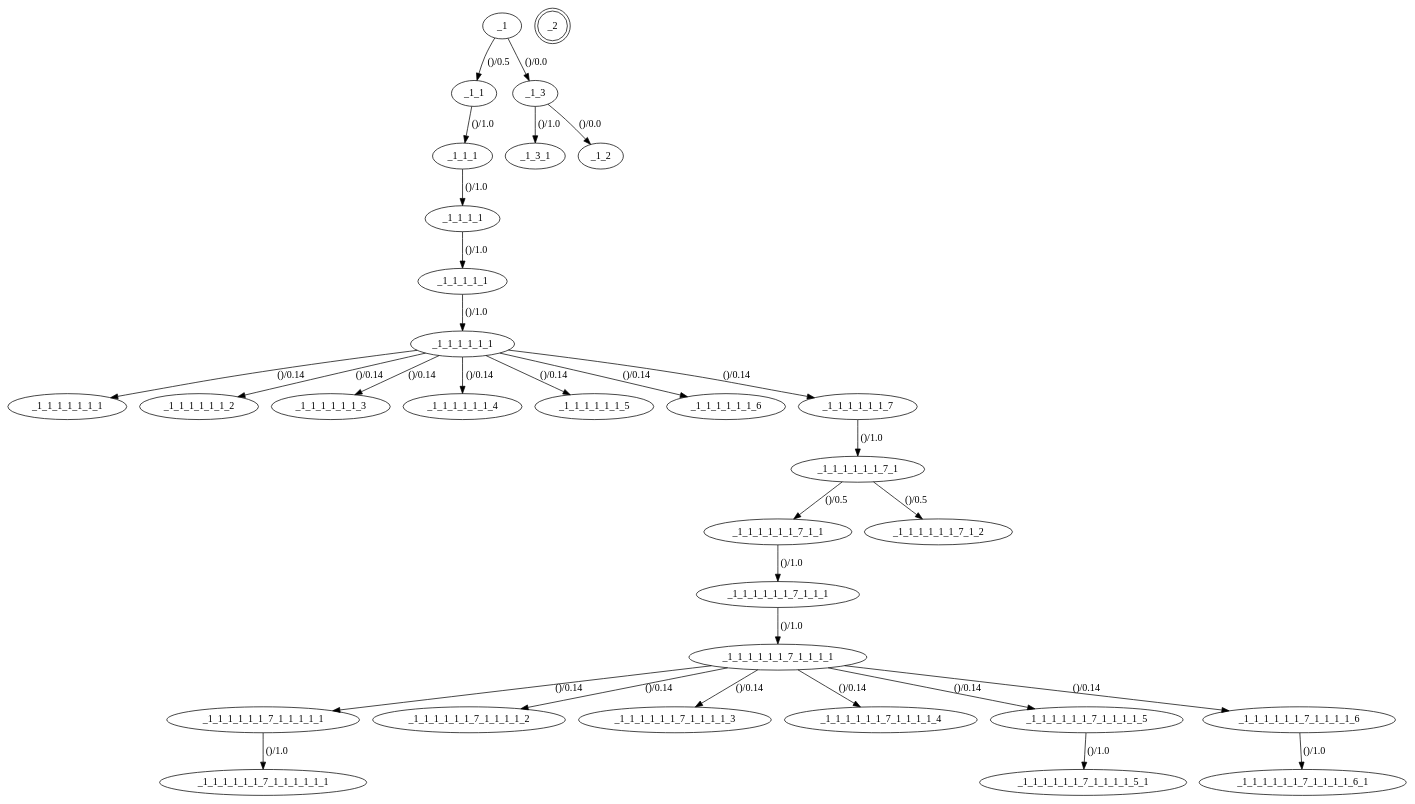
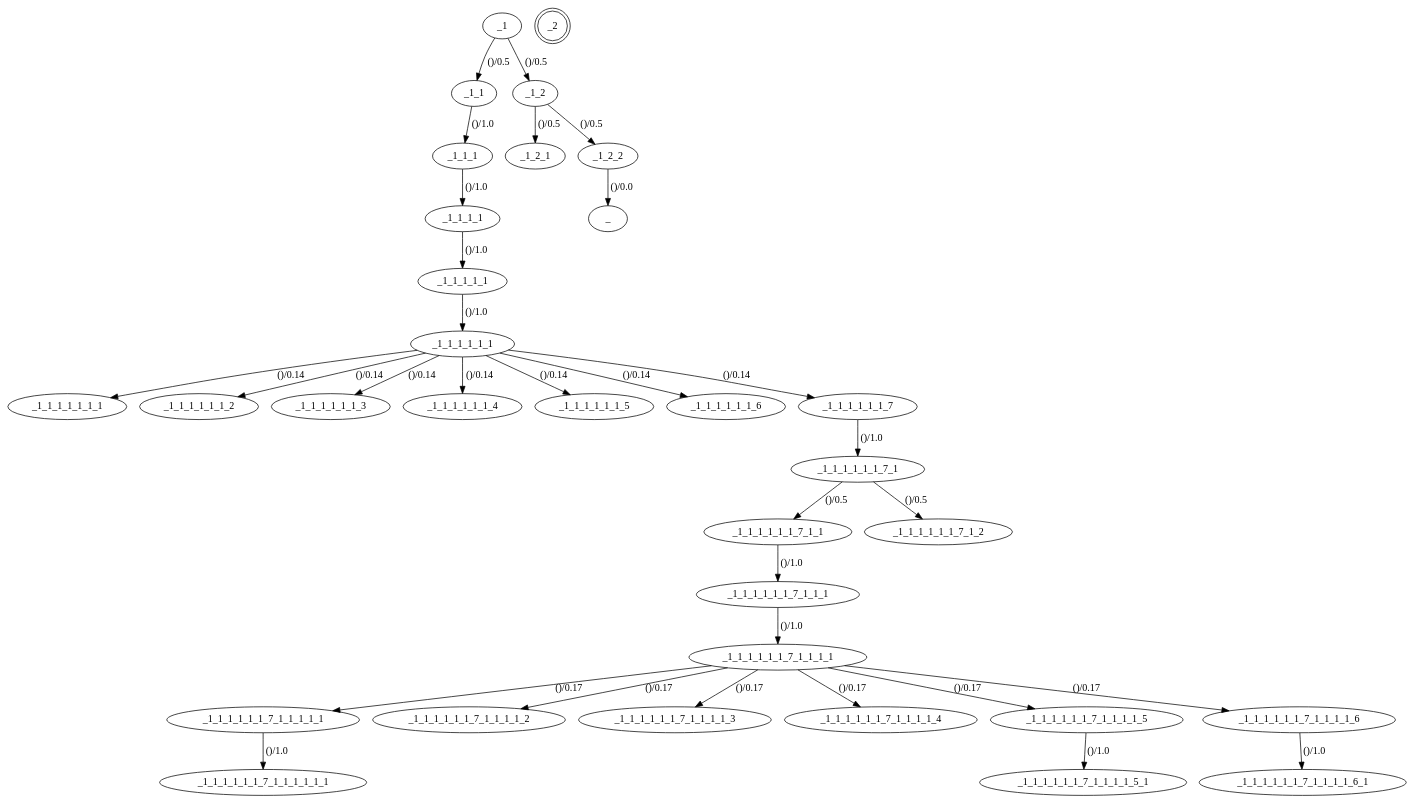
Before and after one commit to helttu/slideco-tests: the diagram in qauto_deco/pagemodel/structure.gv, drawn with Graphviz. The commit also changed 5 other files, not shown here.

```diff
--- a/qauto_deco/pagemodel/structure.gv
+++ b/qauto_deco/pagemodel/structure.gv
@@ -1,64 +1,65 @@
 digraph default_model {
 //States
 _1
 _1_1_1
 _1_1
 _1_1_1_1
 _1_1_1_1_1
 _1_1_1_1_1_1
 _1_1_1_1_1_1_1
 _1_1_1_1_1_1_2
 _1_1_1_1_1_1_3
 _1_1_1_1_1_1_4
 _1_1_1_1_1_1_5
 _1_1_1_1_1_1_6
 _1_1_1_1_1_1_7
 _1_1_1_1_1_1_7_1
 _1_1_1_1_1_1_7_1_1
 _1_1_1_1_1_1_7_1_1_1
 _1_1_1_1_1_1_7_1_1_1_1
 _1_1_1_1_1_1_7_1_1_1_1_1
 _1_1_1_1_1_1_7_1_1_1_1_2
 _1_1_1_1_1_1_7_1_1_1_1_3
 _1_1_1_1_1_1_7_1_1_1_1_4
 _1_1_1_1_1_1_7_1_1_1_1_5
 _1_1_1_1_1_1_7_1_1_1_1_5_1
 _1_1_1_1_1_1_7_1_2
-_1_3
-_1_3_1
 _1_2
+_1_2_1
+_1_2_2
 _1_1_1_1_1_1_7_1_1_1_1_1_1
 _1_1_1_1_1_1_7_1_1_1_1_6
 _1_1_1_1_1_1_7_1_1_1_1_6_1
 _2[shape = "doublecircle"]
 //Transitions
 _1 -> _1_1[ label = "()/0.5", probability = "0.5", set_guard = "(u'', u'')", check_guard = "(u'', u'')", edge_id = "fc549930-c01f-11e5-bdbc-a94980e8de8d"]
 _1_1 -> _1_1_1[ label = "()/1.0", probability = "1.0", set_guard = "(u'', u'')", check_guard = "(u'', u'')", edge_id = "fe4879ee-c01f-11e5-8b18-a94980e8de8d"]
 _1_1_1 -> _1_1_1_1[ label = "()/1.0", probability = "1.0", set_guard = "(u'', u'')", check_guard = "(u'', u'')", edge_id = "ac323121-c02d-11e5-8503-a94980e8de8d"]
 _1_1_1_1 -> _1_1_1_1_1[ label = "()/1.0", probability = "1.0", set_guard = "(u'', u'')", check_guard = "(u'', u'')", edge_id = "2e873671-c02e-11e5-a260-a94980e8de8d"]
 _1_1_1_1_1 -> _1_1_1_1_1_1[ label = "()/1.0", probability = "1.0", set_guard = "(u'', u'')", check_guard = "(u'', u'')", edge_id = "fa83d631-c032-11e5-aabc-a94980e8de8d"]
 _1_1_1_1_1_1 -> _1_1_1_1_1_1_1[ label = "()/0.14", probability = "0.142857142857", set_guard = "(u'', u'')", check_guard = "(u'', u'')", edge_id = "8bbcdc9f-c038-11e5-88a6-a94980e8de8d"]
 _1_1_1_1_1_1 -> _1_1_1_1_1_1_2[ label = "()/0.14", probability = "0.142857142857", set_guard = "(u'', u'')", check_guard = "(u'', u'')", edge_id = "e2cac7ef-c038-11e5-b7d3-a94980e8de8d"]
 _1_1_1_1_1_1 -> _1_1_1_1_1_1_3[ label = "()/0.14", probability = "0.142857142857", set_guard = "(u'', u'')", check_guard = "(u'', u'')", edge_id = "0b82f9ae-c039-11e5-b3ff-a94980e8de8d"]
 _1_1_1_1_1_1 -> _1_1_1_1_1_1_4[ label = "()/0.14", probability = "0.142857142857", set_guard = "(u'', u'')", check_guard = "(u'', u'')", edge_id = "3bceb6e2-c039-11e5-9122-a94980e8de8d"]
 _1_1_1_1_1_1 -> _1_1_1_1_1_1_5[ label = "()/0.14", probability = "0.142857142857", set_guard = "(u'', u'')", check_guard = "(u'', u'')", edge_id = "fdcfa1a1-c039-11e5-8b14-a94980e8de8d"]
 _1_1_1_1_1_1 -> _1_1_1_1_1_1_6[ label = "()/0.14", probability = "0.142857142857", set_guard = "(u'', u'')", check_guard = "(u'', u'')", edge_id = "ff775e30-c039-11e5-93ba-a94980e8de8d"]
 _1_1_1_1_1_1 -> _1_1_1_1_1_1_7[ label = "()/0.14", probability = "0.142857142857", set_guard = "(u'', u'')", check_guard = "(u'', u'')", edge_id = "01636f5f-c03d-11e5-94c1-a94980e8de8d"]
 _1_1_1_1_1_1_7 -> _1_1_1_1_1_1_7_1[ label = "()/1.0", probability = "1.0", set_guard = "(u'', u'')", check_guard = "(u'', u'')", edge_id = "63c5beb1-c03d-11e5-986f-a94980e8de8d"]
 _1_1_1_1_1_1_7_1 -> _1_1_1_1_1_1_7_1_1[ label = "()/0.5", probability = "0.5", set_guard = "(u'', u'')", check_guard = "(u'', u'')", edge_id = "81ed66c1-c03f-11e5-b923-a94980e8de8d"]
 _1_1_1_1_1_1_7_1_1 -> _1_1_1_1_1_1_7_1_1_1[ label = "()/1.0", probability = "1.0", set_guard = "(u'', u'')", check_guard = "(u'', u'')", edge_id = "80083690-c040-11e5-a873-a94980e8de8d"]
 _1_1_1_1_1_1_7_1_1_1 -> _1_1_1_1_1_1_7_1_1_1_1[ label = "()/1.0", probability = "1.0", set_guard = "(u'', u'')", check_guard = "(u'', u'')", edge_id = "110f70e2-c041-11e5-8143-a94980e8de8d"]
-_1_1_1_1_1_1_7_1_1_1_1 -> _1_1_1_1_1_1_7_1_1_1_1_1[ label = "()/0.14", probability = "0.142857142857", set_guard = "(u'', u'')", check_guard = "(u'', u'')", edge_id = "cb99f522-c041-11e5-8451-a94980e8de8d"]
-_1_1_1_1_1_1_7_1_1_1_1 -> _1_1_1_1_1_1_7_1_1_1_1_2[ label = "()/0.14", probability = "0.142857142857", set_guard = "(u'', u'')", check_guard = "(u'', u'')", edge_id = "018954a1-c042-11e5-88d0-a94980e8de8d"]
-_1_1_1_1_1_1_7_1_1_1_1 -> _1_1_1_1_1_1_7_1_1_1_1_3[ label = "()/0.14", probability = "0.142857142857", set_guard = "(u'', u'')", check_guard = "(u'', u'')", edge_id = "2f99eede-c042-11e5-a975-a94980e8de8d"]
-_1_1_1_1_1_1_7_1_1_1_1 -> _1_1_1_1_1_1_7_1_1_1_1_4[ label = "()/0.14", probability = "0.142857142857", set_guard = "(u'', u'')", check_guard = "(u'', u'')", edge_id = "59dcb841-c042-11e5-a3d8-a94980e8de8d"]
-_1_1_1_1_1_1_7_1_1_1_1 -> _1_1_1_1_1_1_7_1_1_1_1_5[ label = "()/0.14", probability = "0.142857142857", set_guard = "(u'', u'')", check_guard = "(u'', u'')", edge_id = "9ddb07e2-c042-11e5-a824-a94980e8de8d"]
+_1_1_1_1_1_1_7_1_1_1_1 -> _1_1_1_1_1_1_7_1_1_1_1_1[ label = "()/0.17", probability = "0.166666666667", set_guard = "(u'', u'')", check_guard = "(u'', u'')", edge_id = "cb99f522-c041-11e5-8451-a94980e8de8d"]
+_1_1_1_1_1_1_7_1_1_1_1 -> _1_1_1_1_1_1_7_1_1_1_1_2[ label = "()/0.17", probability = "0.166666666667", set_guard = "(u'', u'')", check_guard = "(u'', u'')", edge_id = "018954a1-c042-11e5-88d0-a94980e8de8d"]
+_1_1_1_1_1_1_7_1_1_1_1 -> _1_1_1_1_1_1_7_1_1_1_1_3[ label = "()/0.17", probability = "0.166666666667", set_guard = "(u'', u'')", check_guard = "(u'', u'')", edge_id = "2f99eede-c042-11e5-a975-a94980e8de8d"]
+_1_1_1_1_1_1_7_1_1_1_1 -> _1_1_1_1_1_1_7_1_1_1_1_4[ label = "()/0.17", probability = "0.166666666667", set_guard = "(u'', u'')", check_guard = "(u'', u'')", edge_id = "59dcb841-c042-11e5-a3d8-a94980e8de8d"]
+_1_1_1_1_1_1_7_1_1_1_1 -> _1_1_1_1_1_1_7_1_1_1_1_5[ label = "()/0.17", probability = "0.166666666667", set_guard = "(u'', u'')", check_guard = "(u'', u'')", edge_id = "9ddb07e2-c042-11e5-a824-a94980e8de8d"]
 _1_1_1_1_1_1_7_1_1_1_1_5 -> _1_1_1_1_1_1_7_1_1_1_1_5_1[ label = "()/1.0", probability = "1.0", set_guard = "(u'', u'')", check_guard = "(u'', u'')", edge_id = "a6ca075e-c0c0-11e5-bbbb-a94980e8de8d"]
 _1_1_1_1_1_1_7_1 -> _1_1_1_1_1_1_7_1_2[ label = "()/0.5", probability = "0.5", set_guard = "(u'', u'')", check_guard = "(u'', u'')", edge_id = "90f4aa10-c0c2-11e5-9162-a94980e8de8d"]
-_1_3 -> _1_3_1[ label = "()/1.0", probability = "1.0", set_guard = "(u'', u'')", check_guard = "(u'', u'')", edge_id = "b18e8770-c5a2-11e5-922c-2c600cd4c6d7"]
+_1_2 -> _1_2_1[ label = "()/0.5", probability = "0.5", set_guard = "(u'', u'')", check_guard = "(u'', u'')", edge_id = "b18e8770-c5a2-11e5-922c-2c600cd4c6d7"]
 _1_1_1_1_1_1_7_1_1_1_1_1 -> _1_1_1_1_1_1_7_1_1_1_1_1_1[ label = "()/1.0", probability = "1.0", set_guard = "(u'', u'')", check_guard = "(u'', u'')", edge_id = "2f5d7d41-c8b5-11e5-b5b1-00247e035201"]
-_1_1_1_1_1_1_7_1_1_1_1 -> _1_1_1_1_1_1_7_1_1_1_1_6[ label = "()/0.14", probability = "0.142857142857", set_guard = "(u'', u'')", check_guard = "(u'', u'')", edge_id = "63b998ef-c8bd-11e5-b359-00247e035201"]
+_1_1_1_1_1_1_7_1_1_1_1 -> _1_1_1_1_1_1_7_1_1_1_1_6[ label = "()/0.17", probability = "0.166666666667", set_guard = "(u'', u'')", check_guard = "(u'', u'')", edge_id = "63b998ef-c8bd-11e5-b359-00247e035201"]
 _1_1_1_1_1_1_7_1_1_1_1_6 -> _1_1_1_1_1_1_7_1_1_1_1_6_1[ label = "()/1.0", probability = "1.0", set_guard = "(u'', u'')", check_guard = "(u'', u'')", edge_id = "b40472c1-c8be-11e5-b9d2-00247e035201"]
-_1 -> _1_3[ label = "()/0.0", probability = "0.0", set_guard = "('', '')", check_guard = "('', '')", edge_id = "d7b9c1e1-c975-11e5-b0eb-a94980e8de8d"]
-_1_3 -> _1_2[ label = "()/0.0", probability = "0.0", set_guard = "('', '')", check_guard = "('', '')", edge_id = "dfcd2bb0-c975-11e5-99fe-a94980e8de8d"]
+_1 -> _1_2[ label = "()/0.5", probability = "0.5", set_guard = "(u'', u'')", check_guard = "(u'', u'')", edge_id = "d7b9c1e1-c975-11e5-b0eb-a94980e8de8d"]
+_1_2 -> _1_2_2[ label = "()/0.5", probability = "0.5", set_guard = "(u'', u'')", check_guard = "(u'', u'')", edge_id = "dfcd2bb0-c975-11e5-99fe-a94980e8de8d"]
+_1_2_2 -> _[ label = "()/0.0", probability = "0.0", set_guard = "('', '')", check_guard = "('', '')", edge_id = "0cae42b1-cb4f-11e5-a345-2c600cd4c6d7"]
 }
```
